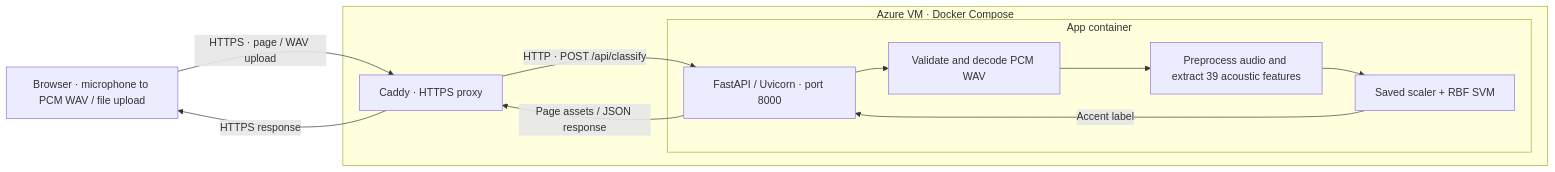
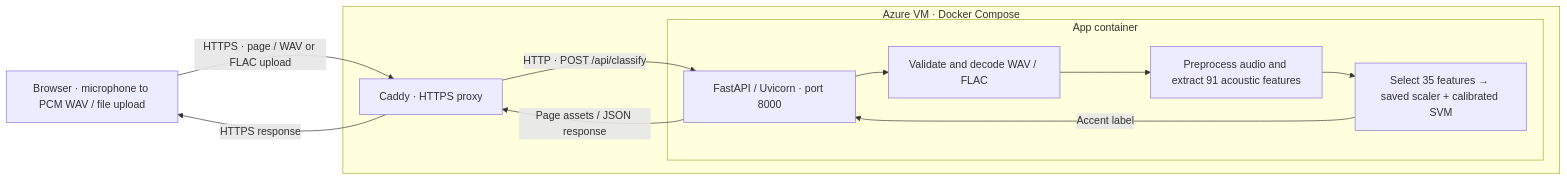
Before and after one commit to nuswohc/Singlish: the diagram in mvp/README.md, drawn with Mermaid. The commit also changed other lines of this file and 29 other files, not shown here.

Commit message:
Use calibrated 35-feature SVM and archive October E1 study

````diff
--- a/mvp/README.md
+++ b/mvp/README.md
@@ -53,19 +56,19 @@
 ```mermaid
 flowchart LR
     browser["Browser · microphone to PCM WAV / file upload"]
     subgraph azure["Azure VM · Docker Compose"]
         proxy["Caddy · HTTPS proxy"]
         subgraph app["App container"]
             api["FastAPI / Uvicorn · port 8000"]
-            audio["Validate and decode PCM WAV"]
-            features["Preprocess audio and extract 39 acoustic features"]
-            model["Saved scaler + RBF SVM"]
+            audio["Validate and decode WAV / FLAC"]
+            features["Preprocess audio and extract 91 acoustic features"]
+            model["Select 35 features → saved scaler + calibrated SVM"]
         end
     end
-    browser -->|"HTTPS · page / WAV upload"| proxy
+    browser -->|"HTTPS · page / WAV or FLAC upload"| proxy
     proxy -->|"HTTP · POST /api/classify"| api
     api --> audio --> features --> model
     model -->|"Accent label"| api
     api -->|"Page assets / JSON response"| proxy
     proxy -->|"HTTPS response"| browser
 ```
````
